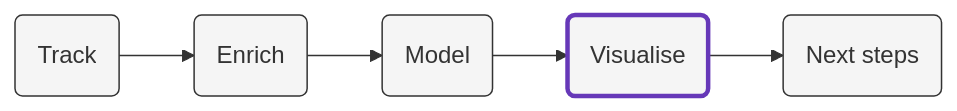
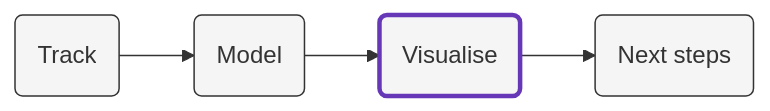
One commit to snowplow-incubator/consent-tracking-accelerator changed the diagram in content/visualisation/_index.md. Above: the diagram before and after it, drawn with Mermaid. The commit also changed 7 other files, not shown here.

```diff
--- a/content/visualisation/_index.md
+++ b/content/visualisation/_index.md
@@ -13,10 +13,8 @@
 {{<mermaid>}}
 flowchart LR
-    id1(Track)-->id2(Enrich)-->id3(Model)-->id4(Visualise)-->id5(Next steps)
-    style id4 fill:#f5f5f5,stroke:#6638B8,stroke-width:3px
-    style id1 fill:#f5f5f5,stroke:#333,stroke-width:1px
-    style id2 fill:#f5f5f5,stroke:#333,stroke-width:1px
-    style id3 fill:#f5f5f5,stroke:#333,stroke-width:1px
-    style id5 fill:#f5f5f5,stroke:#333,stroke-width:1px
-
+id1(Track)-->id2(Model)-->id3(Visualise)-->id4(Next steps)
+style id1 fill:#f5f5f5,stroke:#333,stroke-width:1px
+style id2 fill:#f5f5f5,stroke:#333,stroke-width:1px
+style id3 fill:#f5f5f5,stroke:#6638B8,stroke-width:3px
+style id4 fill:#f5f5f5,stroke:#333,stroke-width:1px
 {{</mermaid >}}
```
